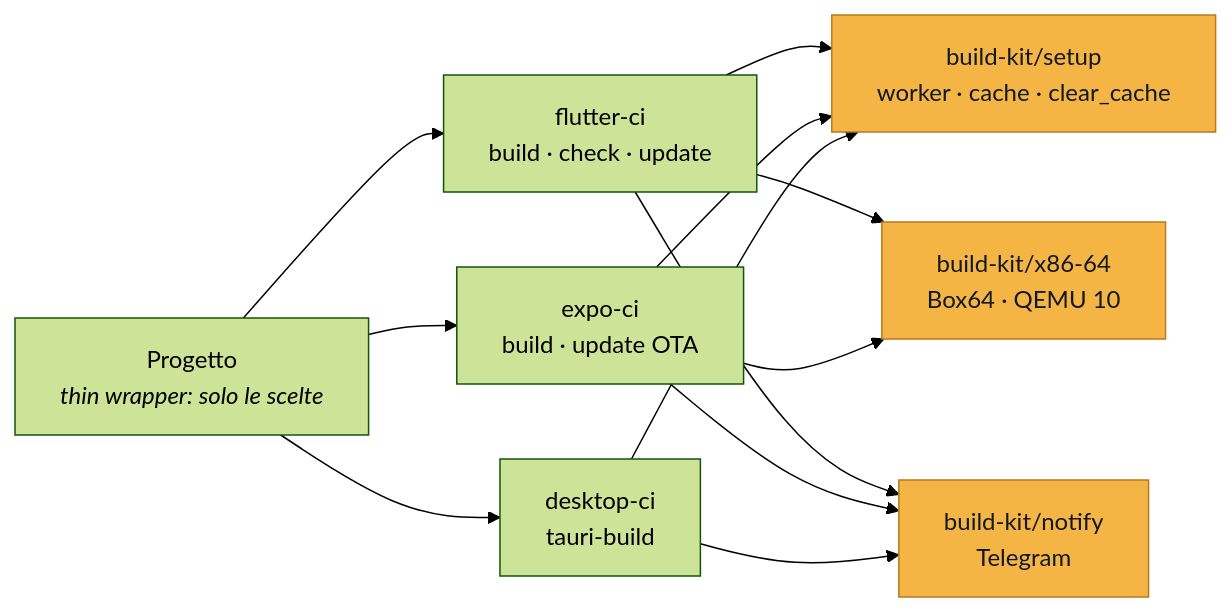
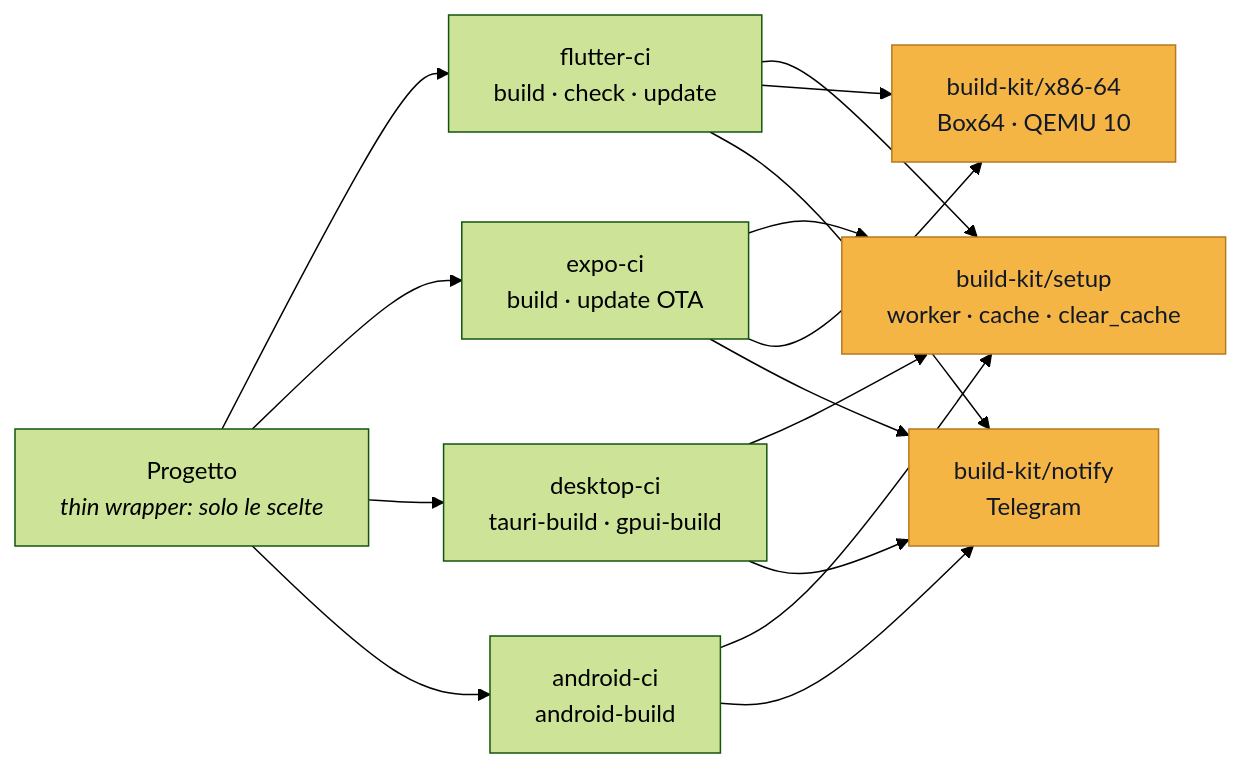
Before and after one commit to GabryXnLab/build-kit: the first of 2 diagrams in README.md, drawn with Mermaid (forest theme). The commit also changed other lines of this file and 3 other files, not shown here.

First line of the commit message:
android-ci nella famiglia: ci-batch riftgate-android, riftgate-desktop corretto

````diff
--- a/README.md
+++ b/README.md
@@ -280,17 +281,20 @@
 ```mermaid
 flowchart LR
   P["Progetto<br/><i>thin wrapper: solo le scelte</i>"]
   P --> F["flutter-ci<br/>build · check · update"]
   P --> E["expo-ci<br/>build · update OTA"]
-  P --> D["desktop-ci<br/>tauri-build"]
+  P --> D["desktop-ci<br/>tauri-build · gpui-build"]
+  P --> A["android-ci<br/>android-build"]
   F --> S["build-kit/setup<br/>worker · cache · clear_cache"]
   E --> S
   D --> S
+  A --> S
   F --> X["build-kit/x86-64<br/>Box64 · QEMU 10"]
   E --> X
   F --> N["build-kit/notify<br/>Telegram"]
   E --> N
   D --> N
+  A --> N
   classDef here fill:#F5B544,stroke:#B7791F,color:#111827
   class S,X,N here
 ```
````
